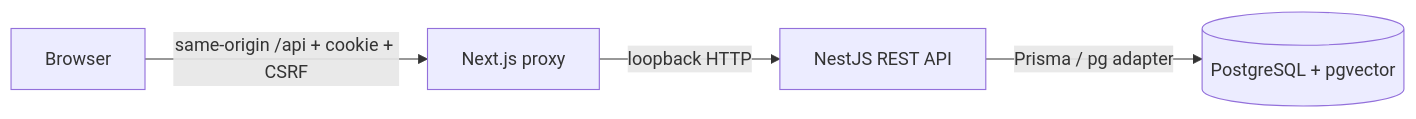
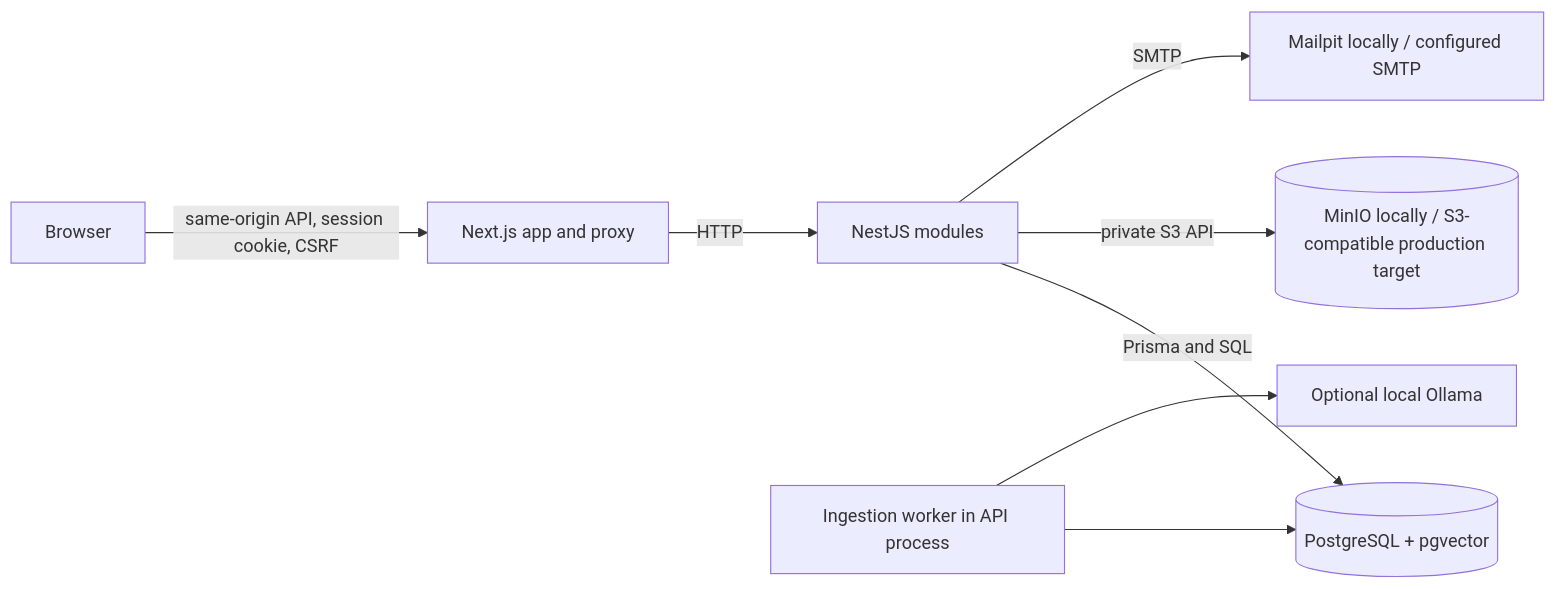
Before and after one commit to vishvak8/supportiq: the diagram in docs/architecture.md, drawn with Mermaid. The commit also changed other lines of this file and 57 other files, not shown here.

````diff
--- a/docs/architecture.md
+++ b/docs/architecture.md
@@ -5,6 +3,10 @@
 ```mermaid
 flowchart LR
-  Browser -->|same-origin /api + cookie + CSRF| Next[Next.js proxy]
-  Next -->|loopback HTTP| Nest[NestJS REST API]
-  Nest -->|Prisma / pg adapter| DB[(PostgreSQL + pgvector)]
+  Browser -->|same-origin API, session cookie, CSRF| Next[Next.js app and proxy]
+  Next -->|HTTP| Nest[NestJS modules]
+  Nest -->|Prisma and SQL| DB[(PostgreSQL + pgvector)]
+  Nest -->|private S3 API| S3[(MinIO locally / S3-compatible production target)]
+  Nest -->|SMTP| Mail[Mailpit locally / configured SMTP]
+  Worker[Ingestion worker in API process] --> DB
+  Worker --> Ollama[Optional local Ollama]
 ```
````
